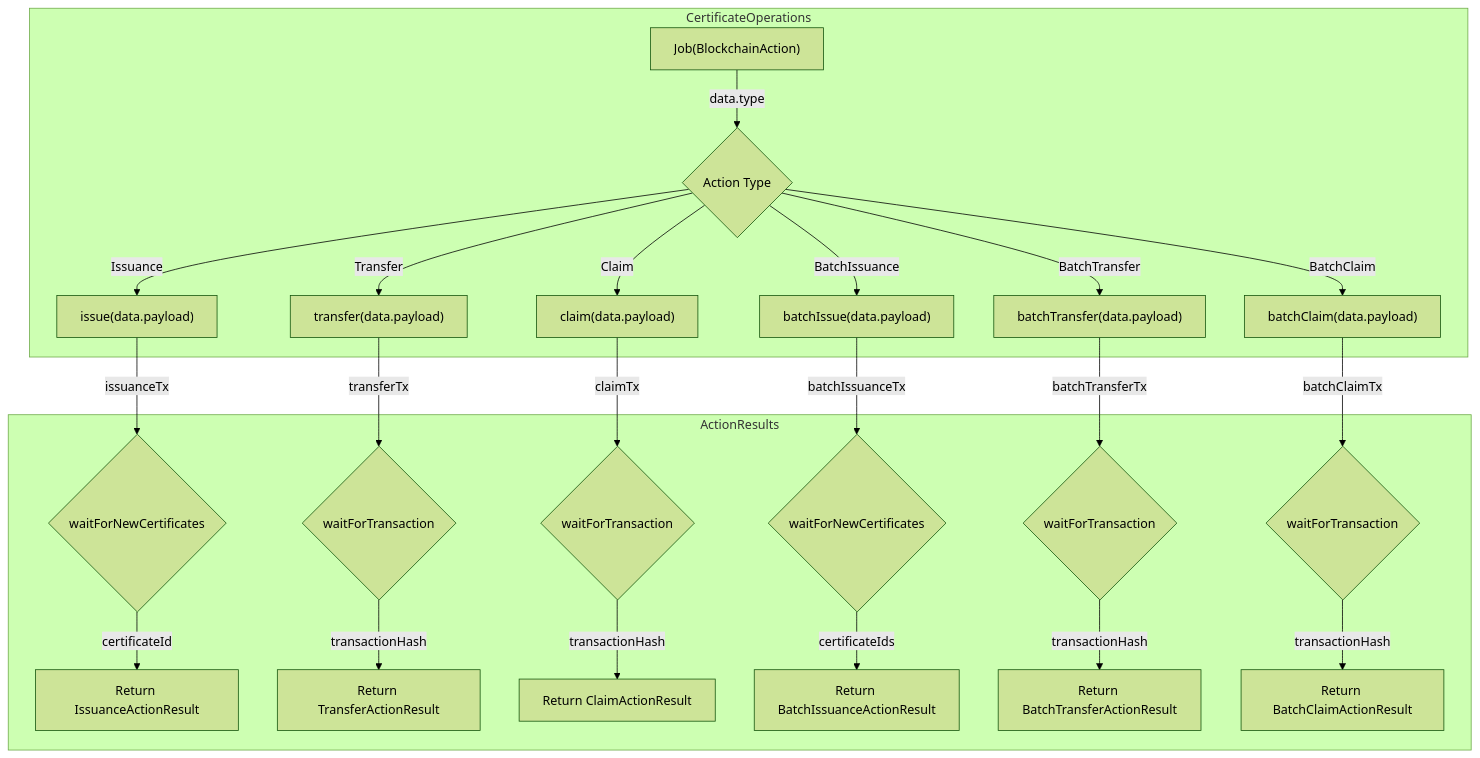
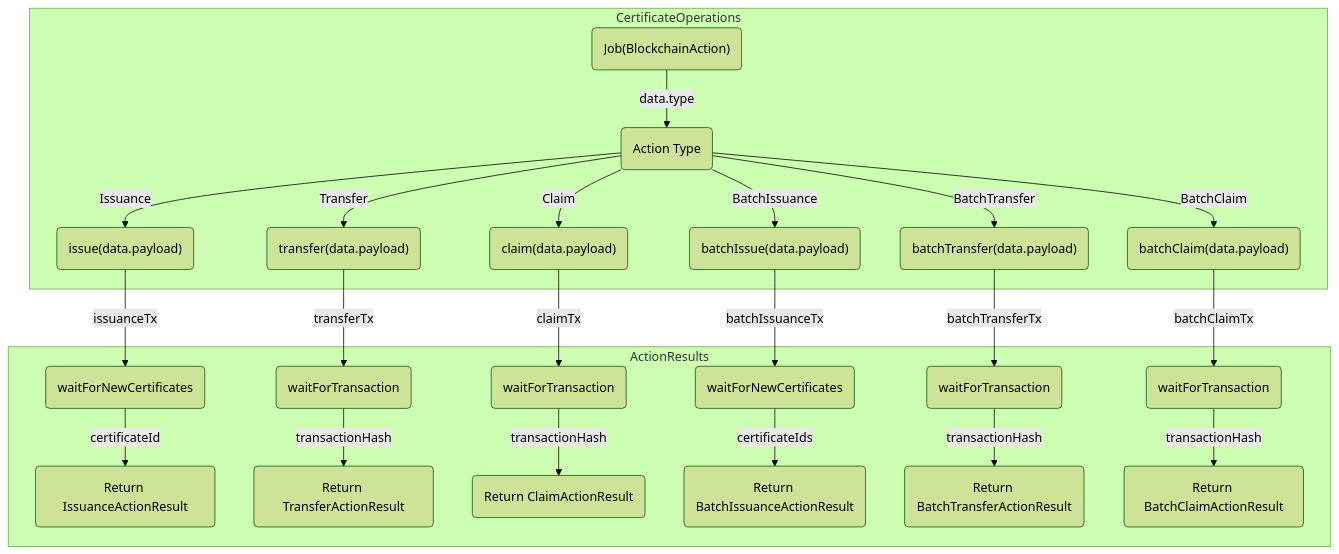
Before and after one commit to olisystems/origin-247-sdk: the second of 6 diagrams in packages/ewf_samples/docs/ewf_samples.md, drawn with Mermaid (forest theme). The commit also changed other lines of this file, not shown here.

Commit message:
update certificate diagram

````diff
--- a/packages/ewf_samples/docs/ewf_samples.md
+++ b/packages/ewf_samples/docs/ewf_samples.md
@@ -62,29 +56,28 @@
 ```mermaid
 flowchart TD;
 
 subgraph CertificateOperations
-    A["Job(BlockchainAction)"] -->|data.type| B{"Action Type"}
-    B -->|Issuance| C["issue(data.payload)"]
-    B -->|Transfer| D["transfer(data.payload)"]
-    B -->|Claim| E["claim(data.payload)"]
-    B -->|BatchIssuance| F["batchIssue(data.payload)"]
-    B -->|BatchTransfer| G["batchTransfer(data.payload)"]
-    B -->|BatchClaim| H["batchClaim(data.payload)"]
+    A("Job(BlockchainAction)") -->|data.type| B("Action Type")
+    B -->|Issuance| C("issue(data.payload)")
+    B -->|Transfer| D("transfer(data.payload)")
+    B -->|Claim| E("claim(data.payload)")
+    B -->|BatchIssuance| F("batchIssue(data.payload)")
+    B -->|BatchTransfer| G("batchTransfer(data.payload)")
+    B -->|BatchClaim| H("batchClaim(data.payload)")
 end
 
 subgraph ActionResults
-    C -->|issuanceTx| I{"waitForNewCertificates"}
-    I -->|certificateId| J["Return IssuanceActionResult"]
-    D -->|transferTx| K{"waitForTransaction"}
-    K -->|transactionHash| L["Return TransferActionResult"]
-    E -->|claimTx| M{"waitForTransaction"}
-    M -->|transactionHash| N["Return ClaimActionResult"]
-    F -->|batchIssuanceTx| O{"waitForNewCertificates"}
-    O -->|certificateIds| P["Return BatchIssuanceActionResult"]
-    G -->|batchTransferTx| Q{"waitForTransaction"}
-    Q -->|transactionHash| R["Return BatchTransferActionResult"]
-    H -->|batchClaimTx| S{"waitForTransaction"}
-    S -->|transactionHash| T["Return BatchClaimActionResult"]
+    C -->|issuanceTx| I("waitForNewCertificates")
+    I -->|certificateId| J("Return IssuanceActionResult")
+    D -->|transferTx| K("waitForTransaction")
+    K -->|transactionHash| L("Return TransferActionResult")
+    E -->|claimTx| M("waitForTransaction")
+    M -->|transactionHash| N("Return ClaimActionResult")
+    F -->|batchIssuanceTx| O("waitForNewCertificates")
+    O -->|certificateIds| P("Return BatchIssuanceActionResult")
+    G -->|batchTransferTx| Q("waitForTransaction")
+    Q -->|transactionHash| R("Return BatchTransferActionResult")
+    H -->|batchClaimTx| S("waitForTransaction")
+    S -->|transactionHash| T("Return BatchClaimActionResult")
 end
-
 ```
````
